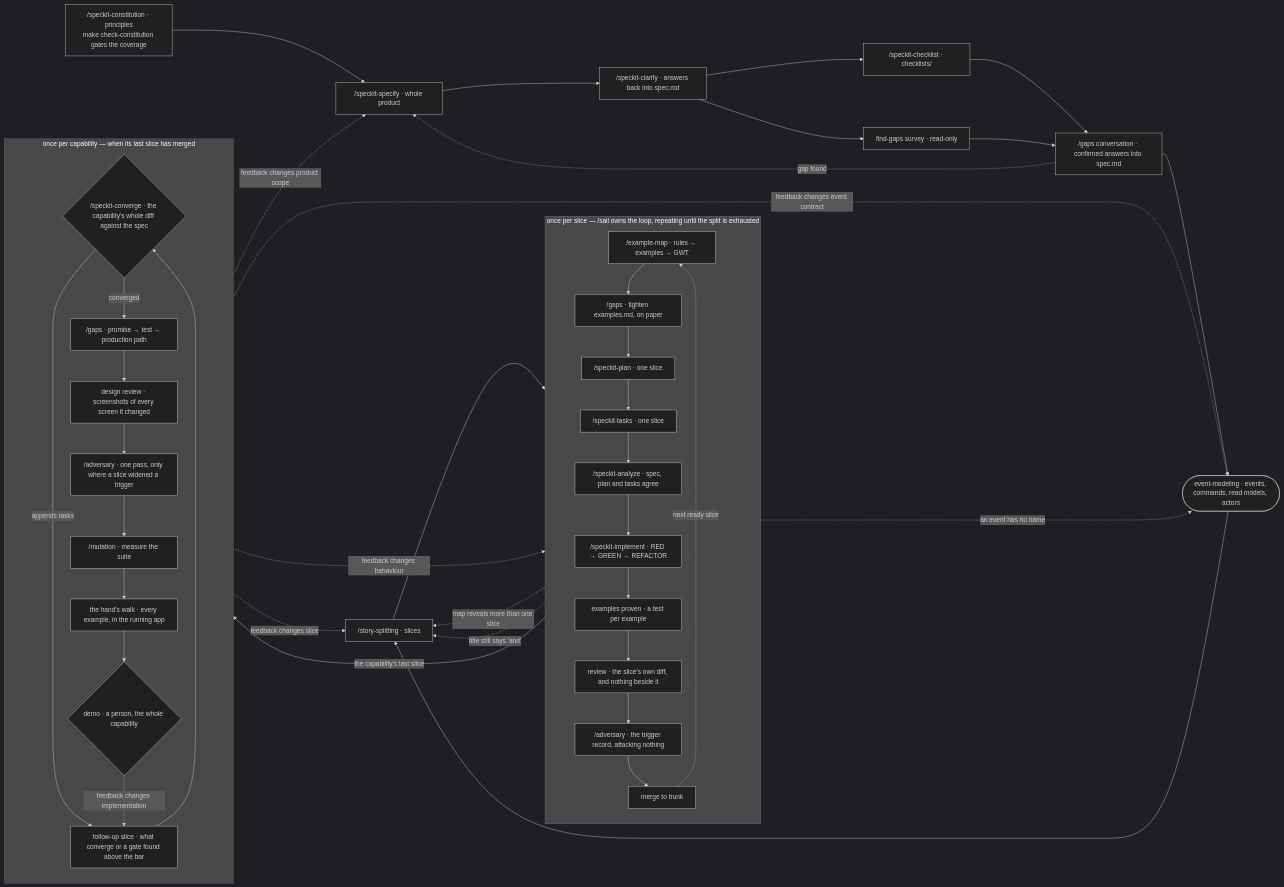
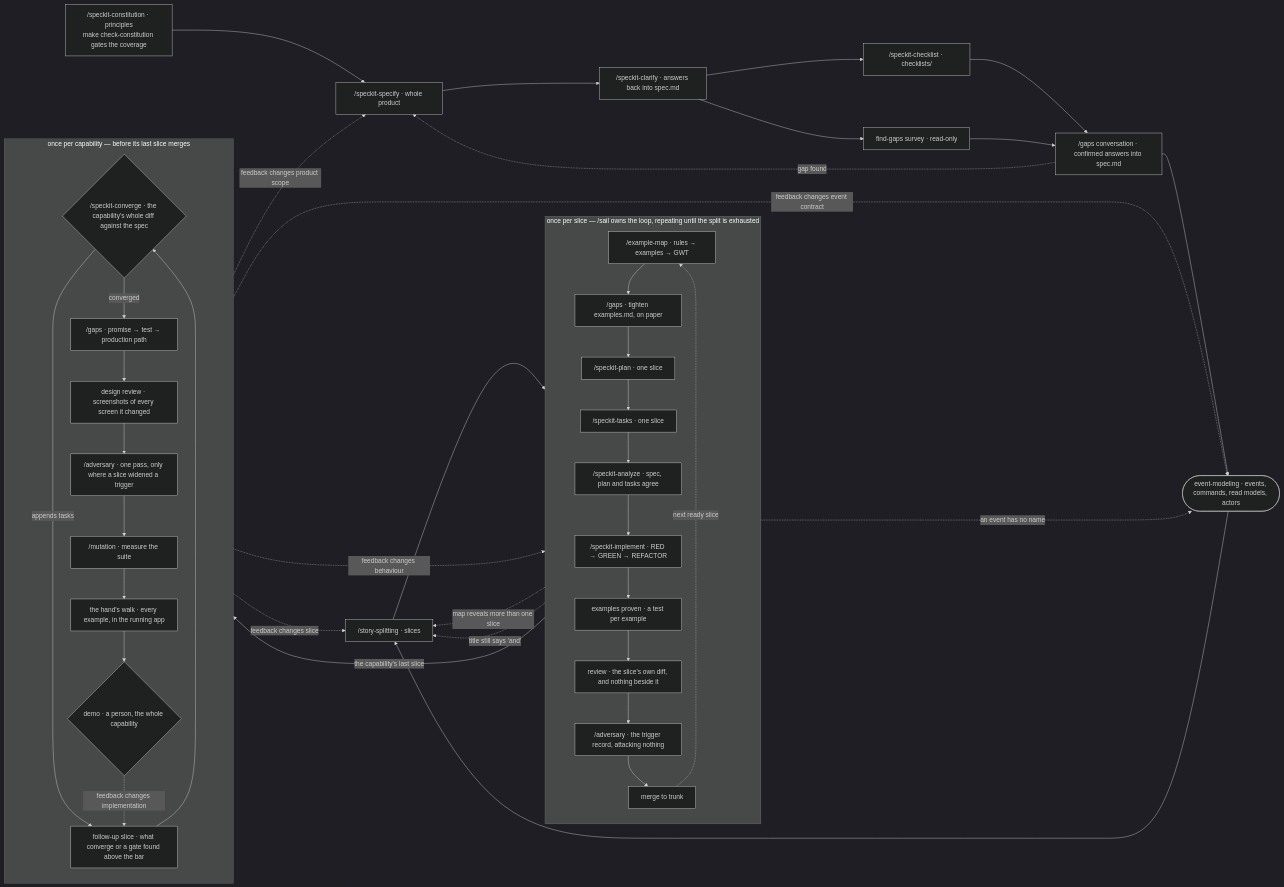
One commit to ROBCOATVG/slipwai changed the first of 2 diagrams in assets/pages/docs/workflow.md. Above: the diagram before and after it, drawn with Mermaid (dark theme). The commit also changed other lines of this file and 35 other files, not shown here.

````diff
--- a/assets/pages/docs/workflow.md
+++ b/assets/pages/docs/workflow.md
@@ -4,58 +4,58 @@
 ```mermaid
 flowchart LR
   C["/speckit-constitution · principles<br/>make check-constitution gates the coverage"]
   S["/speckit-specify · whole product"]
   Q["/speckit-clarify · answers back into spec.md"]
   CK["/speckit-checklist · checklists/"]
   GS["find-gaps survey · read-only"]
   G["/gaps conversation · confirmed answers into spec.md"]
   EMOD(["event-modeling · events, commands, read models, actors"])
   SS["/story-splitting · slices"]
 
   subgraph loop["once per slice — /sail owns the loop, repeating until the split is exhausted"]
     direction TB
     EM["/example-map · rules → examples → GWT"]
     EG["/gaps · tighten examples.md, on paper"]
     P["/speckit-plan · one slice"]
     T["/speckit-tasks · one slice"]
     AN["/speckit-analyze · spec, plan and tasks agree"]
     I["/speckit-implement · RED → GREEN → REFACTOR"]
     EX["examples proven · a test per example"]
     R["review · the slice's own diff, and nothing beside it"]
     TR["/adversary · the trigger record, attacking nothing"]
     MG["merge to trunk"]
     EM --> EG --> P --> T --> AN --> I --> EX --> R --> TR --> MG
   end
 
-  subgraph gates["once per capability — when its last slice has merged"]
+  subgraph gates["once per capability — before its last slice merges"]
     direction TB
     CV{"/speckit-converge · the capability's whole diff against the spec"}
     FS["follow-up slice · what converge or a gate found above the bar"]
     DG["/gaps · promise → test → production path"]
     DR["design review · screenshots of every screen it changed"]
     A["/adversary · one pass, only where a slice widened a trigger"]
     M["/mutation · measure the suite"]
     H["the hand's walk · every example, in the running app"]
     D{"demo · a person, the whole capability"}
     CV -->|"appends tasks"| FS --> CV
     CV -->|"converged"| DG --> DR --> A --> M --> H --> D
   end
 
   MG -->|"the capability's last slice"| CV
   D -.->|"feedback changes behaviour"| EM
   D -.->|"feedback changes implementation"| FS
 
   C --> S --> Q
   Q --> CK --> G
   Q --> GS --> G
   G --> EMOD --> SS --> EM
 
   G -.->|"gap found"| S
   EM -.->|"map reveals more than one slice"| SS
   P -.->|"title still says 'and'"| SS
   MG -.->|"next ready slice"| EM
   EM -.->|"an event has no name"| EMOD
   D -.->|"feedback changes slice"| SS
   D -.->|"feedback changes event contract"| EMOD
   D -.->|"feedback changes product scope"| S
 ```
````
